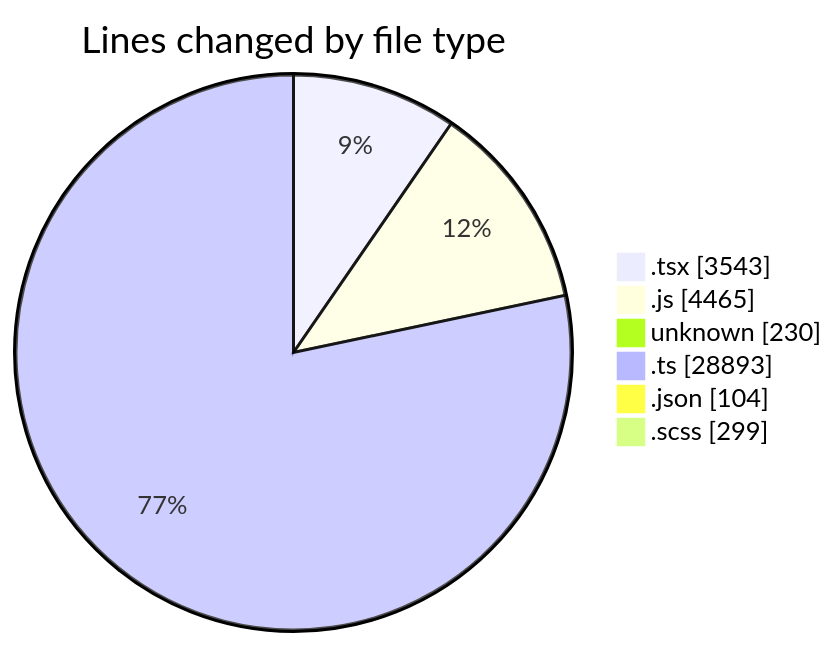
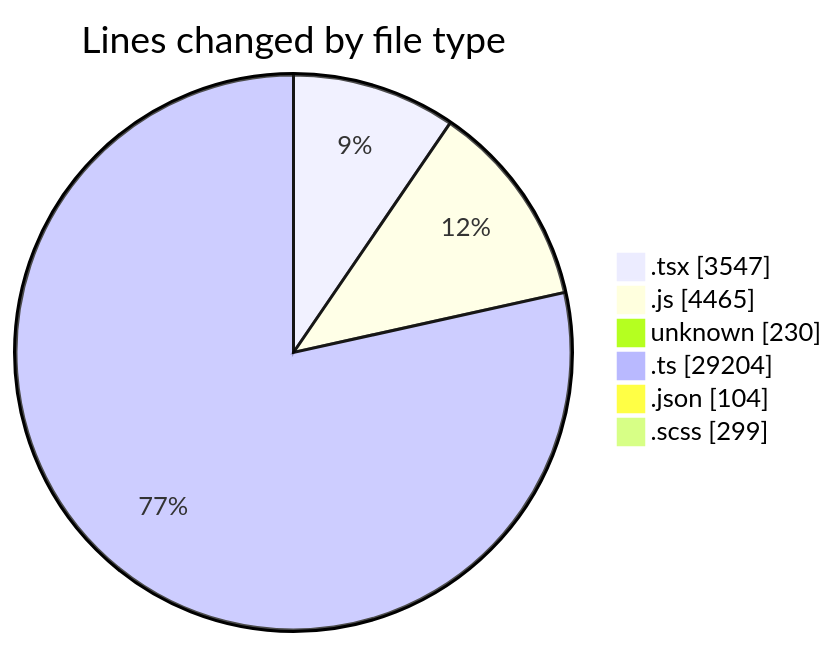
One commit to momahboobian/code-tracking changed the first of 2 diagrams in 2026-05-06/cda/README.md. Above: the diagram before and after it, drawn with Mermaid. The commit also changed other lines of this file and 1 other file, not shown here.

````diff
--- a/2026-05-06/cda/README.md
+++ b/2026-05-06/cda/README.md
@@ -82,10 +83,10 @@
 ```mermaid
 pie showData
 title Lines changed by file type
-".tsx" : 3543
+".tsx" : 3547
 ".js" : 4465
 "unknown" : 230
-".ts" : 28893
+".ts" : 29204
 ".json" : 104
 ".scss" : 299
 ```
````
